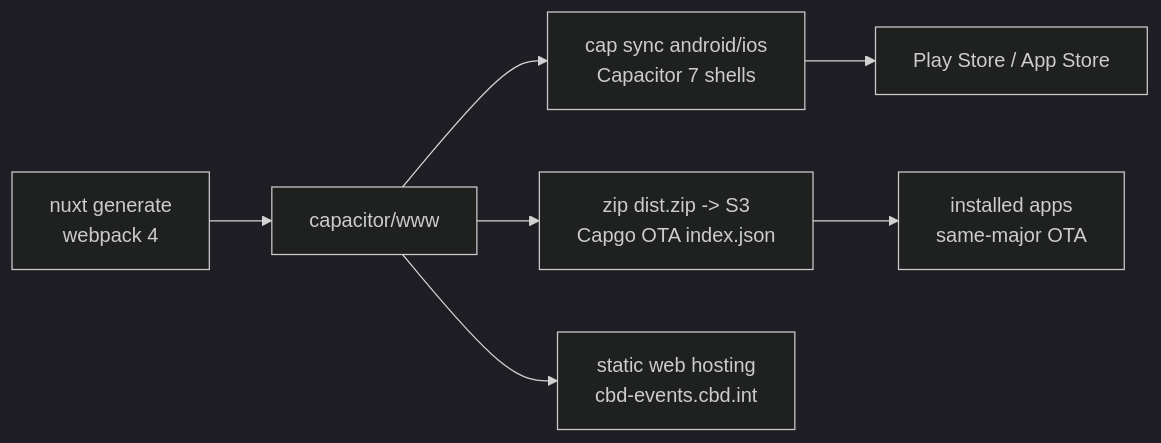
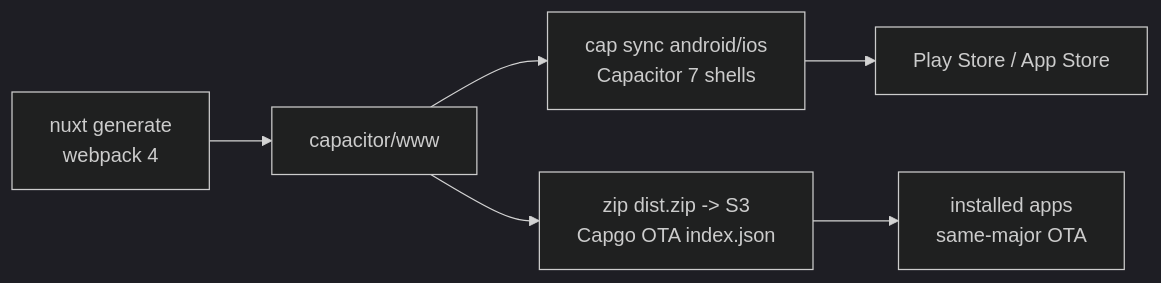
One commit to scbd/cbd-events changed the first of 2 diagrams in docs/nuxt4-upgrade-plan.md. Above: the diagram before and after it, drawn with Mermaid (dark theme). The commit also changed other lines of this file, not shown here.

First line of the commit message:
DEV-1106 Adopt Bootstrap 5 in the plan and drop the web deployment target

````diff
--- a/docs/nuxt4-upgrade-plan.md
+++ b/docs/nuxt4-upgrade-plan.md
@@ -44,9 +44,8 @@
 ```mermaid
 flowchart LR
   A[nuxt generate<br/>webpack 4] --> B[capacitor/www]
   B --> C[cap sync android/ios<br/>Capacitor 7 shells]
   B --> D[zip dist.zip -> S3<br/>Capgo OTA index.json]
-  B --> E[static web hosting<br/>cbd-events.cbd.int]
   C --> F[Play Store / App Store]
   D --> G[installed apps<br/>same-major OTA]
 ```
````
